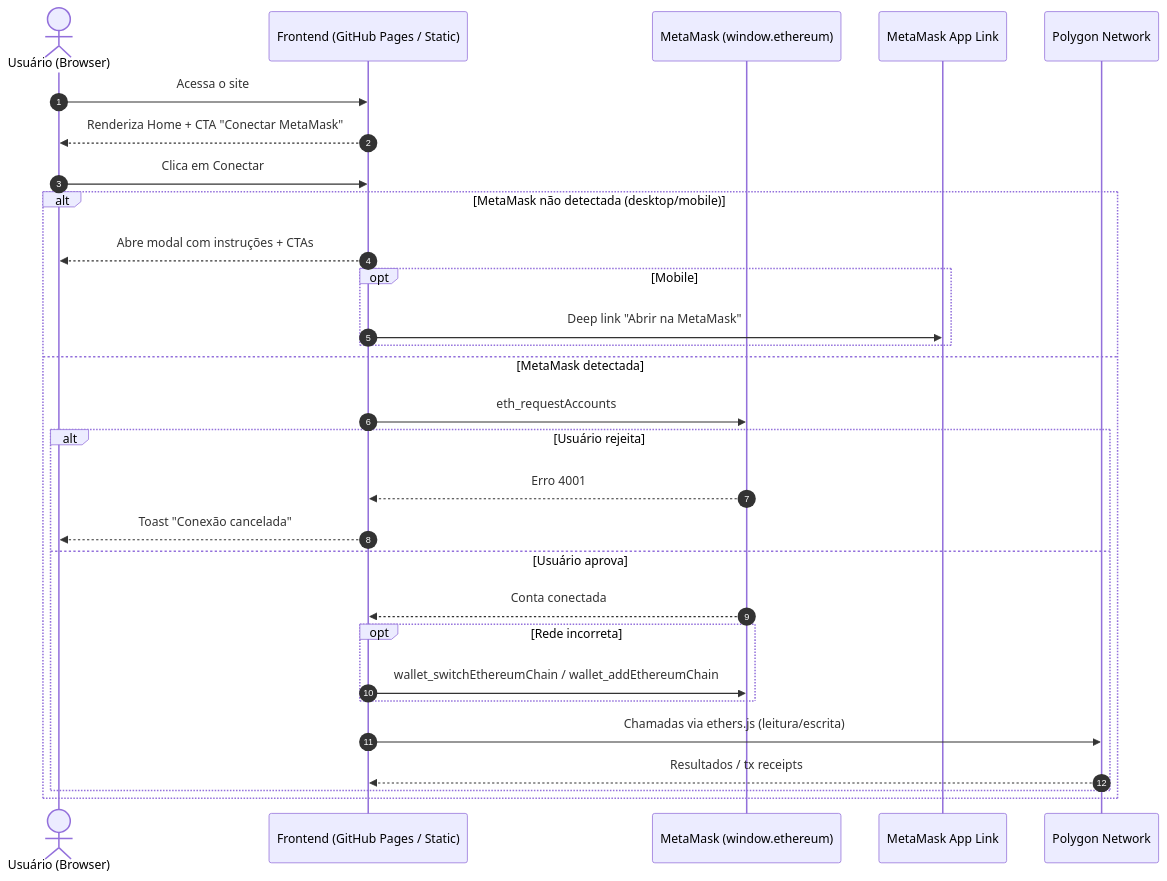
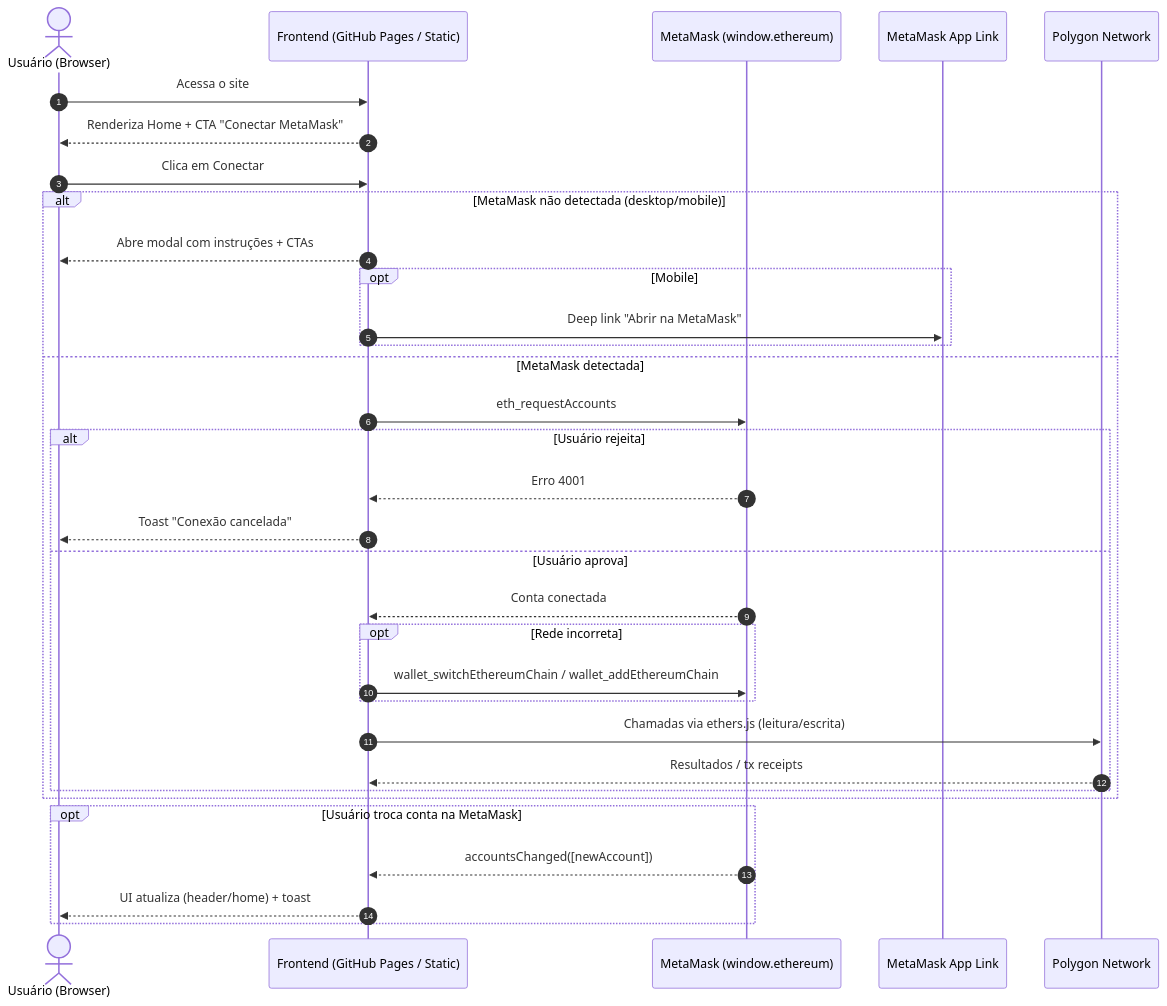
Before and after one commit to Dkubitz/Deal-FiV2: the diagram in .architecture/runtime.mmd, drawn with Mermaid. The commit also changed 3 other files, not shown here.

First line of the commit message:
UX: permitir trocar conta na MetaMask

```diff
--- a/.architecture/runtime.mmd
+++ b/.architecture/runtime.mmd
@@ -1,31 +1,36 @@
 sequenceDiagram
   autonumber
   actor U as Usuário (Browser)
   participant FE as Frontend (GitHub Pages / Static)
   participant MM as MetaMask (window.ethereum)
   participant MMDL as MetaMask App Link
   participant PX as Polygon Network
 
   U->>FE: Acessa o site
   FE-->>U: Renderiza Home + CTA "Conectar MetaMask"
 
   U->>FE: Clica em Conectar
   alt MetaMask não detectada (desktop/mobile)
     FE-->>U: Abre modal com instruções + CTAs
     opt Mobile
       FE->>MMDL: Deep link "Abrir na MetaMask"
     end
   else MetaMask detectada
     FE->>MM: eth_requestAccounts
     alt Usuário rejeita
       MM-->>FE: Erro 4001
       FE-->>U: Toast "Conexão cancelada"
     else Usuário aprova
       MM-->>FE: Conta conectada
       opt Rede incorreta
         FE->>MM: wallet_switchEthereumChain / wallet_addEthereumChain
       end
       FE->>PX: Chamadas via ethers.js (leitura/escrita)
       PX-->>FE: Resultados / tx receipts
     end
   end
+
+  opt Usuário troca conta na MetaMask
+    MM-->>FE: accountsChanged([newAccount])
+    FE-->>U: UI atualiza (header/home) + toast
+  end
```
